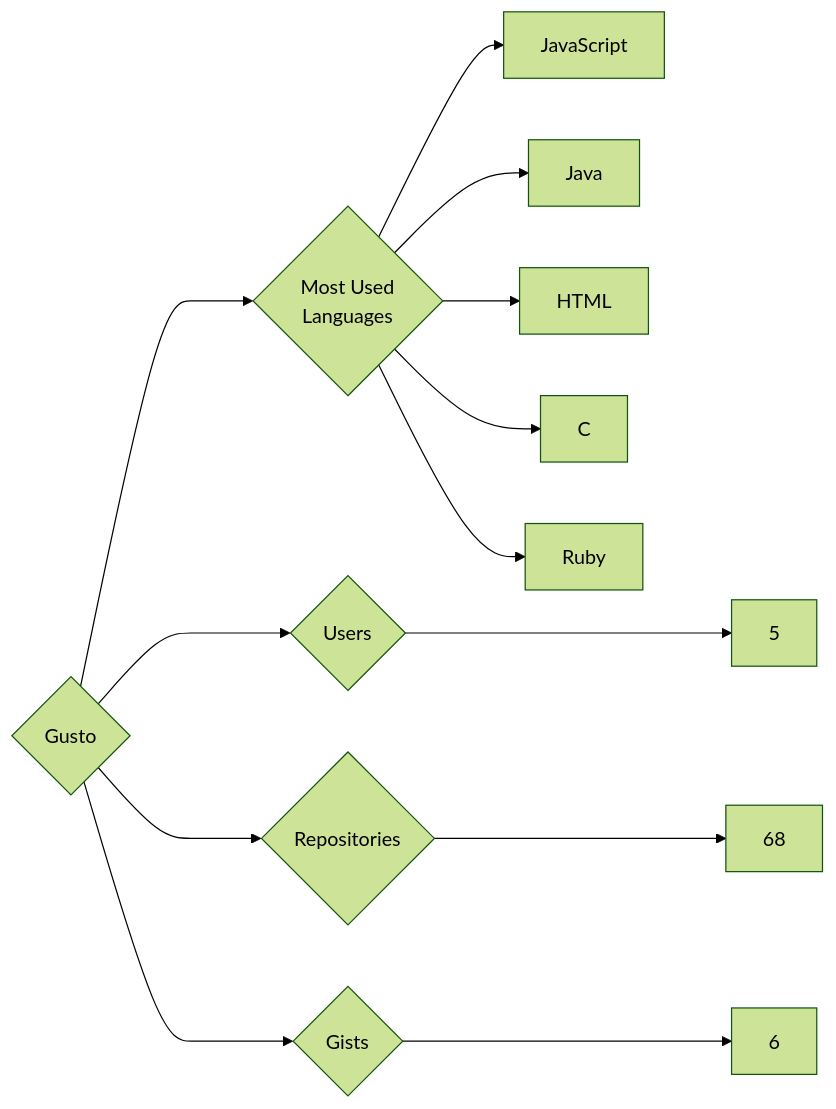
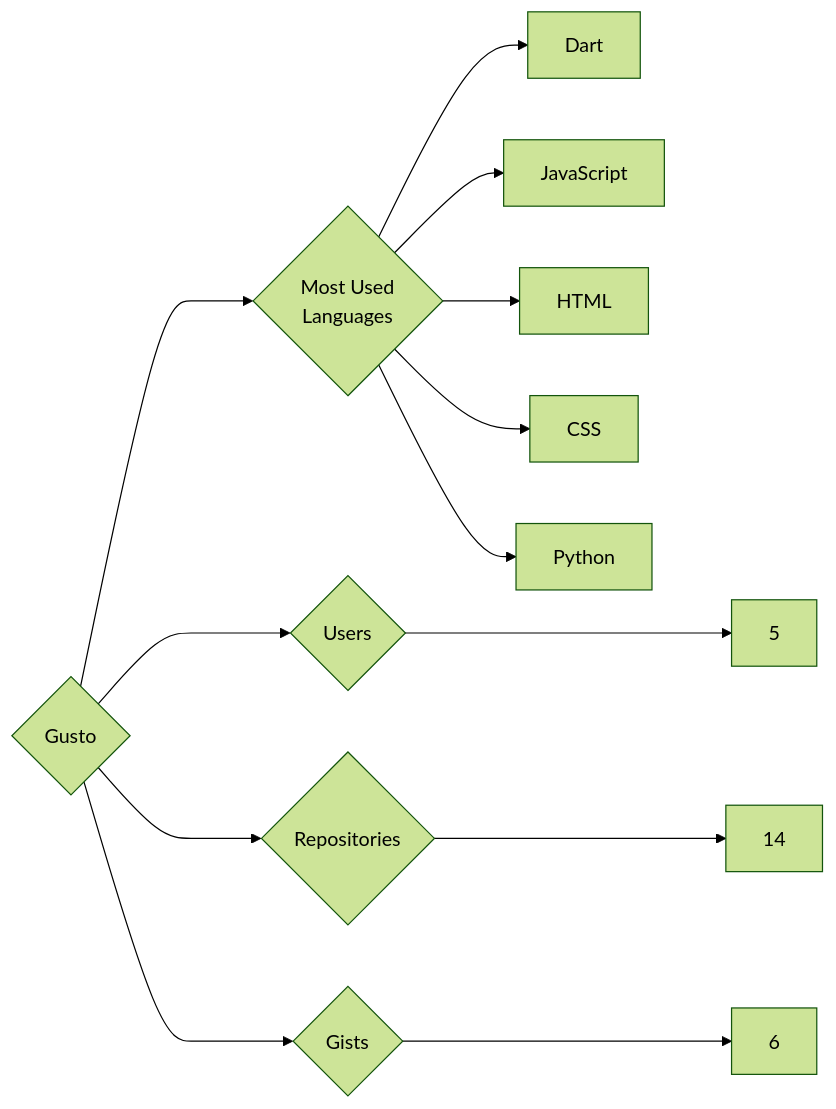
The diagram in targets/Gusto/README.md (trickest/insiders), drawn with Mermaid (forest theme) before and after one commit. The commit also changed 1084 other files, not shown here.

````diff
--- a/targets/Gusto/README.md
+++ b/targets/Gusto/README.md
@@ -3,13 +3,13 @@
 ```mermaid
 graph LR
 COMPANY_NAME{Gusto}
 COMPANY_NAME ---> U{Users} ---> UN[5]
-COMPANY_NAME ---> R{Repositories} ---> RN[68]
+COMPANY_NAME ---> R{Repositories} ---> RN[14]
 COMPANY_NAME ---> G{Gists} ---> GN[6]
 COMPANY_NAME ---> ML{Most Used<br>Languages}
+ML --> Dart[Dart]
 ML --> JavaScript[JavaScript]
-ML --> Java[Java]
 ML --> HTML[HTML]
-ML --> C[C]
-ML --> Ruby[Ruby]
+ML --> CSS[CSS]
+ML --> Python[Python]
 ```
````
